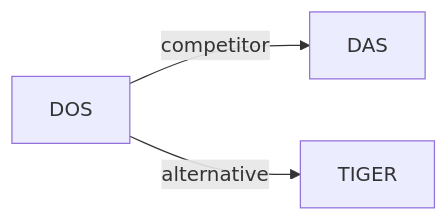
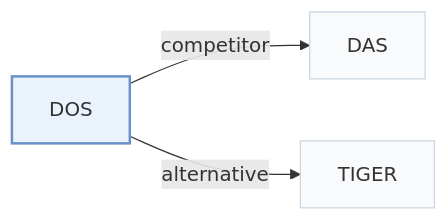
The second of 2 diagrams in pages/papers/dos.md (Galaxy-ghost/Awesome-SID-Generative-Rec), drawn with Mermaid before and after one commit. The commit also changed other lines of this file and 649 other files, not shown here.

Commit message:
writer-05: also tags and modality index (schema, check, build, visuals); summary field removed; calibration data for 12 papers

````diff
--- a/pages/papers/dos.md
+++ b/pages/papers/dos.md
@@ -67,6 +73,10 @@
 ```mermaid
 flowchart LR
     P["DOS"]
-    P -->|competitor| A["DAS"]
-    P -->|alternative| B["TIGER"]
+    P -->|"competitor"| A["DAS"]
+    P -->|"alternative"| B["TIGER"]
+    classDef main fill:#eaf2fb,stroke:#6b8fc7,stroke-width:2px
+    classDef peer fill:#f8fafc,stroke:#cbd5e1
+    class P main
+    class A,B peer
 ```
````
